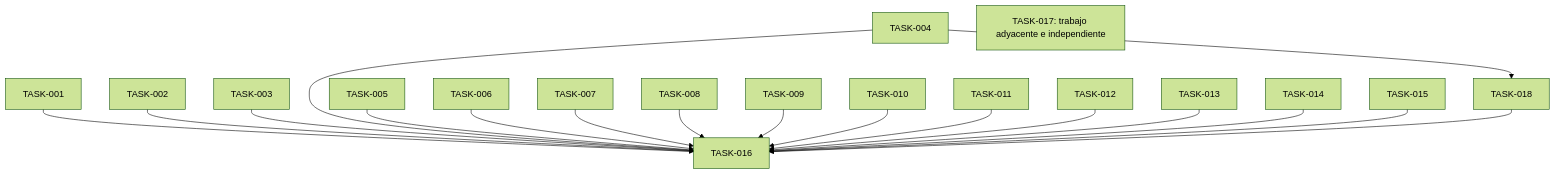
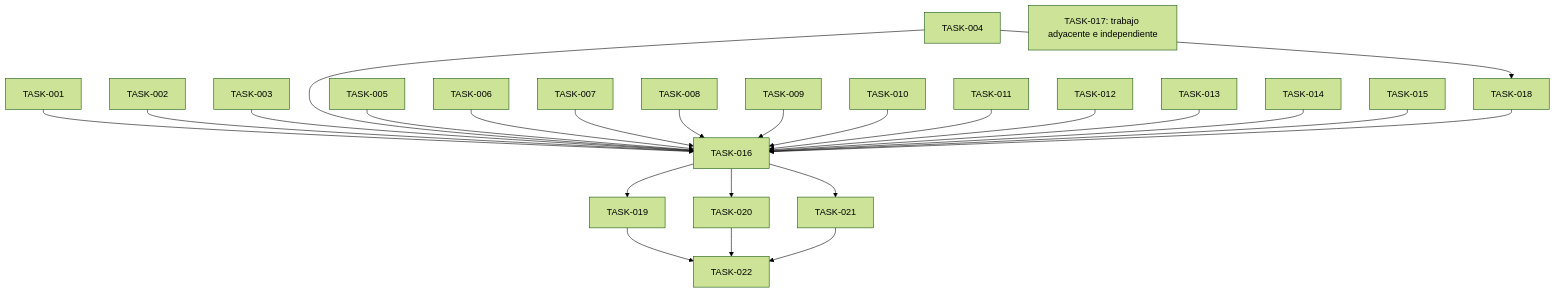
Before and after one commit to angelgarciasolorzano/social-hub: the diagram in .ulpi/plans/soc-36-semantic-html-twofactor-trusteddevice/soc-36-semantic-html-twofactor-trusteddevice.md, drawn with Mermaid (forest theme). The commit also changed other lines of this file and 3 other files, not shown here.

````diff
--- a/.ulpi/plans/soc-36-semantic-html-twofactor-trusteddevice/soc-36-semantic-html-twofactor-trusteddevice.md
+++ b/.ulpi/plans/soc-36-semantic-html-twofactor-trusteddevice/soc-36-semantic-html-twofactor-trusteddevice.md
@@ -524,21 +640,26 @@
 ```mermaid
 flowchart TD
   TASK-001 --> TASK-016
   TASK-002 --> TASK-016
   TASK-003 --> TASK-016
   TASK-004 --> TASK-016
   TASK-005 --> TASK-016
   TASK-006 --> TASK-016
   TASK-007 --> TASK-016
   TASK-008 --> TASK-016
   TASK-009 --> TASK-016
   TASK-010 --> TASK-016
   TASK-011 --> TASK-016
   TASK-012 --> TASK-016
   TASK-013 --> TASK-016
   TASK-014 --> TASK-016
   TASK-015 --> TASK-016
-  TASK-004 --> TASK-018
-  TASK-018 --> TASK-016
+  TASK-004 --> TASK-018 --> TASK-016
+  TASK-016 --> TASK-019
+  TASK-016 --> TASK-020
+  TASK-016 --> TASK-021
+  TASK-019 --> TASK-022
+  TASK-020 --> TASK-022
+  TASK-021 --> TASK-022
   TASK-017["TASK-017: trabajo adyacente e independiente"]
 ```
````
